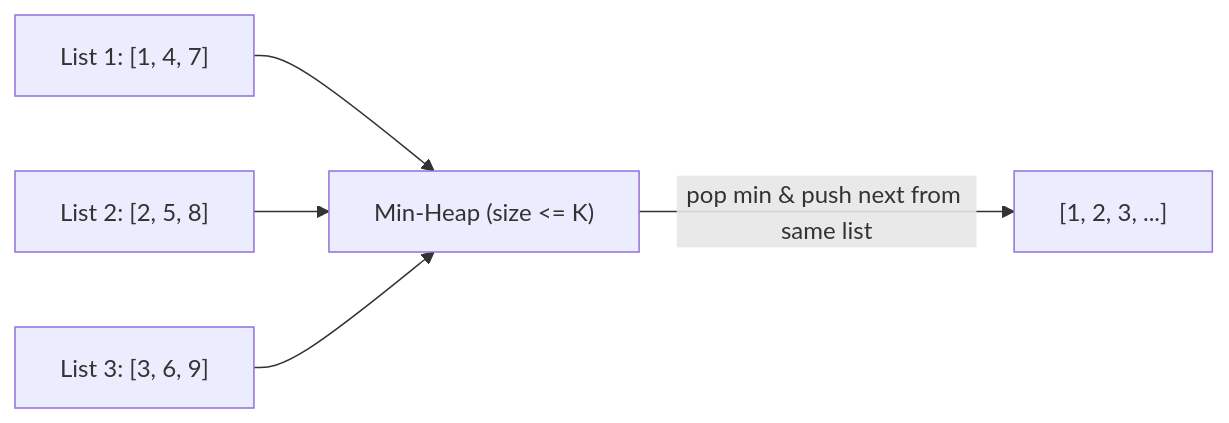
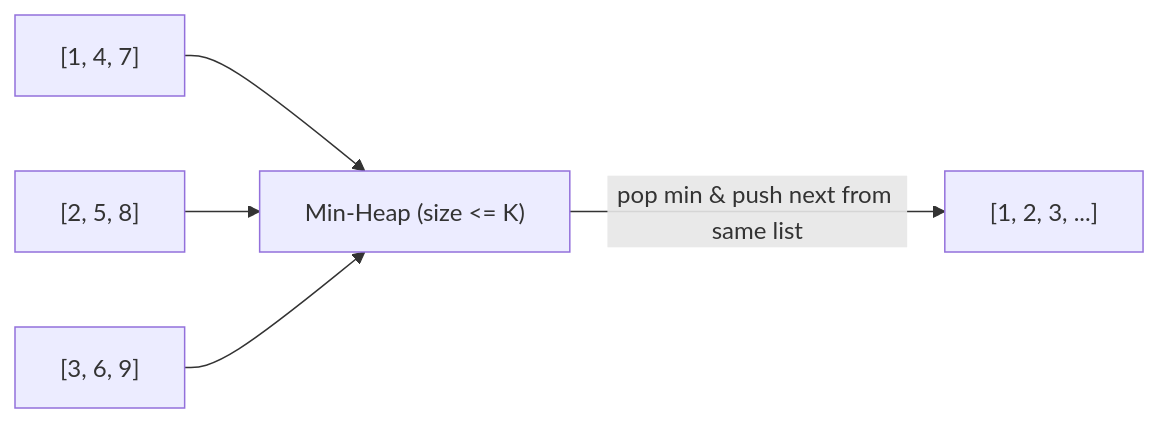
The diagram in grokking-coding-interview/07-k-way-merge.md (SanjayR857/All-in-One-Notes), drawn with Mermaid before and after one commit. The commit also changed other lines of this file and 22 other files, not shown here.

````diff
--- a/grokking-coding-interview/07-k-way-merge.md
+++ b/grokking-coding-interview/07-k-way-merge.md
@@ -20,7 +20,7 @@
 ```mermaid
 flowchart LR
-    L1["List 1: [1, 4, 7]"] --> H["Min-Heap (size <= K)"]
-    L2["List 2: [2, 5, 8]"] --> H
-    L3["List 3: [3, 6, 9]"] --> H
+    L1["[1, 4, 7]"] --> H["Min-Heap (size <= K)"]
+    L2["[2, 5, 8]"] --> H
+    L3["[3, 6, 9]"] --> H
     H -->|"pop min & push next from same list"| Out["[1, 2, 3, ...]"]
 ```
````
